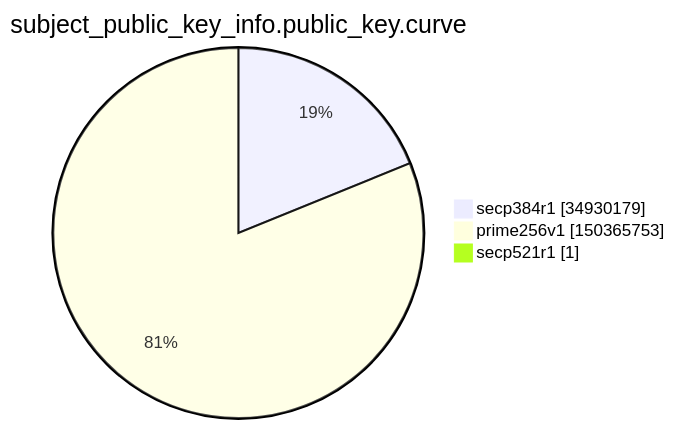
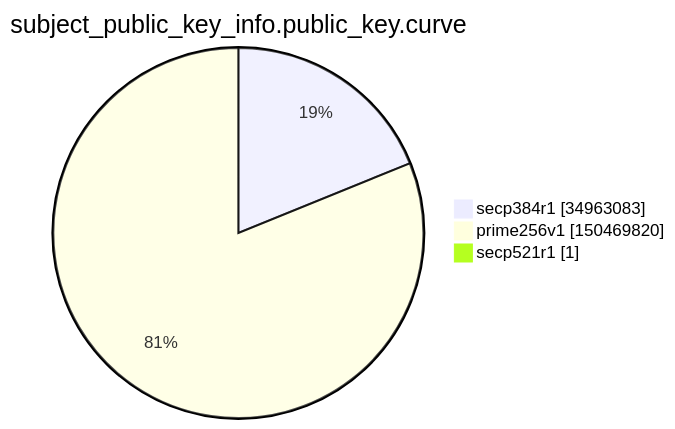
One commit to christiankrug/ctmonitor_visualization changed the ninth of 15 diagrams in argon2022/README.md. Above: the diagram before and after it, drawn with Mermaid. The commit also changed other lines of this file, not shown here.

````diff
--- a/argon2022/README.md
+++ b/argon2022/README.md
@@ -2765,7 +2765,7 @@
 ```mermaid
 pie showData
 title subject_public_key_info.public_key.curve
-"secp384r1" :34930179
-"prime256v1" :150365753
+"secp384r1" :34963083
+"prime256v1" :150469820
 "secp521r1" :1
 ```
````
